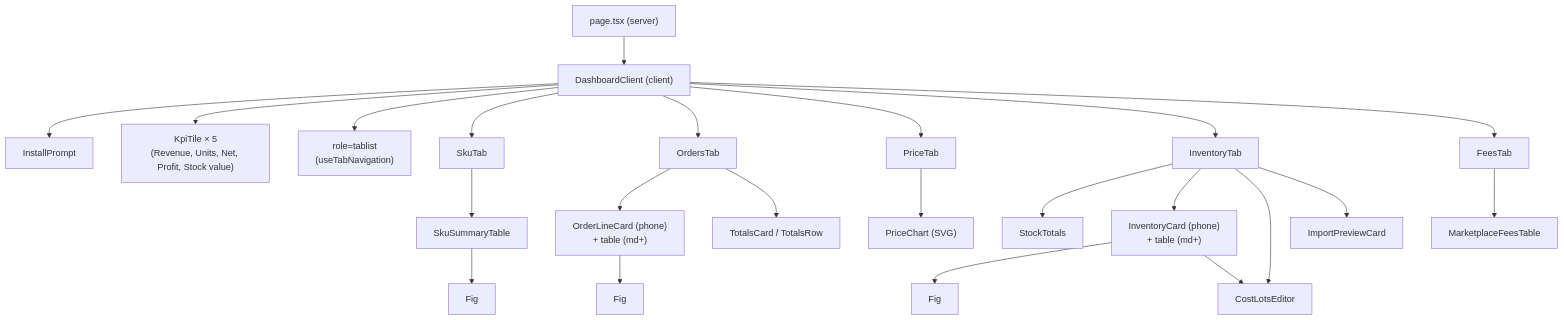
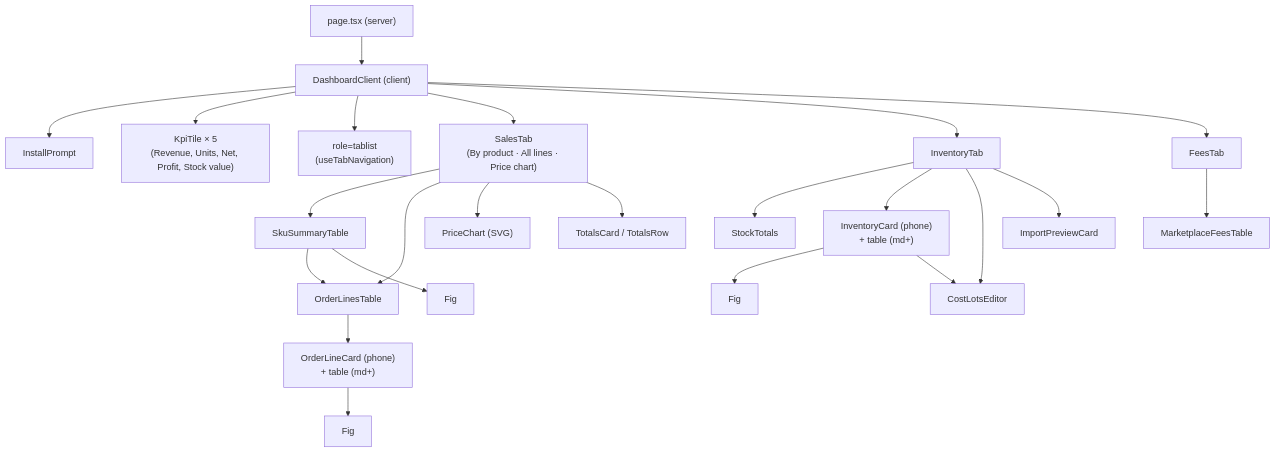
The first of 4 diagrams in docs/systems/frontend.md (RafaelOjeda/byRaf_Distribution_Tools), drawn with Mermaid before and after one commit. The commit also changed other lines of this file and 18 other files, not shown here.

First line of the commit message:
Merge By SKU, Order lines and Price over time into a Sales tab (PR 2)

````diff
--- a/docs/systems/frontend.md
+++ b/docs/systems/frontend.md
@@ -48,17 +47,17 @@
 ```mermaid
 flowchart TD
     Page["page.tsx (server)"] --> DC["DashboardClient (client)"]
     DC --> Install["InstallPrompt"]
     DC --> KpiTiles["KpiTile × 5\n(Revenue, Units, Net, Profit, Stock value)"]
     DC --> TabBar["role=tablist\n(useTabNavigation)"]
-    DC --> SkuTabC["SkuTab"] --> SkuTable["SkuSummaryTable"]
-    DC --> OrdersTabC["OrdersTab"] --> OrderCards["OrderLineCard (phone)\n+ table (md+)"] & Totals["TotalsCard / TotalsRow"]
-    DC --> PriceTabC["PriceTab"] --> PriceChart["PriceChart (SVG)"]
+    DC --> SalesTabC["SalesTab\n(By product · All lines · Price chart)"] --> SkuTable["SkuSummaryTable"] & LinesTable["OrderLinesTable"] & PriceChart["PriceChart (SVG)"] & Totals["TotalsCard / TotalsRow"]
+    SkuTable --> LinesTable
+    LinesTable --> OrderCards["OrderLineCard (phone)\n+ table (md+)"]
     DC --> InvTabC["InventoryTab"] --> StockTotalsC["StockTotals"] & InvCards["InventoryCard (phone)\n+ table (md+)"] & CostEditor["CostLotsEditor"] & ImportCard["ImportPreviewCard"]
     DC --> FeesTabC["FeesTab"] --> FeesTable["MarketplaceFeesTable"]
 
     SkuTable --> Fig1["Fig"]
     OrderCards --> Fig2["Fig"]
     InvCards --> Fig3["Fig"]
     InvCards --> CostEditor
 ```
````
